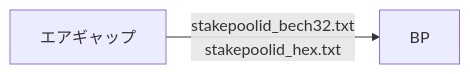
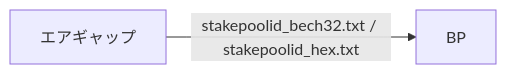
One commit to btbf/spojapanguild changed the fifth of 5 diagrams in docs/setup/7-register-stakepool.md. Above: the diagram before and after it, drawn with Mermaid. The commit also changed other lines of this file and 6 other files, not shown here.

````diff
--- a/docs/setup/7-register-stakepool.md
+++ b/docs/setup/7-register-stakepool.md
@@ -410,4 +410,4 @@
     ``` mermaid
     graph LR
-        A[エアギャップ] -->|stakepoolid_bech32.txt<br>stakepoolid_hex.txt| B[BP];
+        A[エアギャップ] -->|stakepoolid_bech32.txt / stakepoolid_hex.txt| B[BP];
     ```
````
